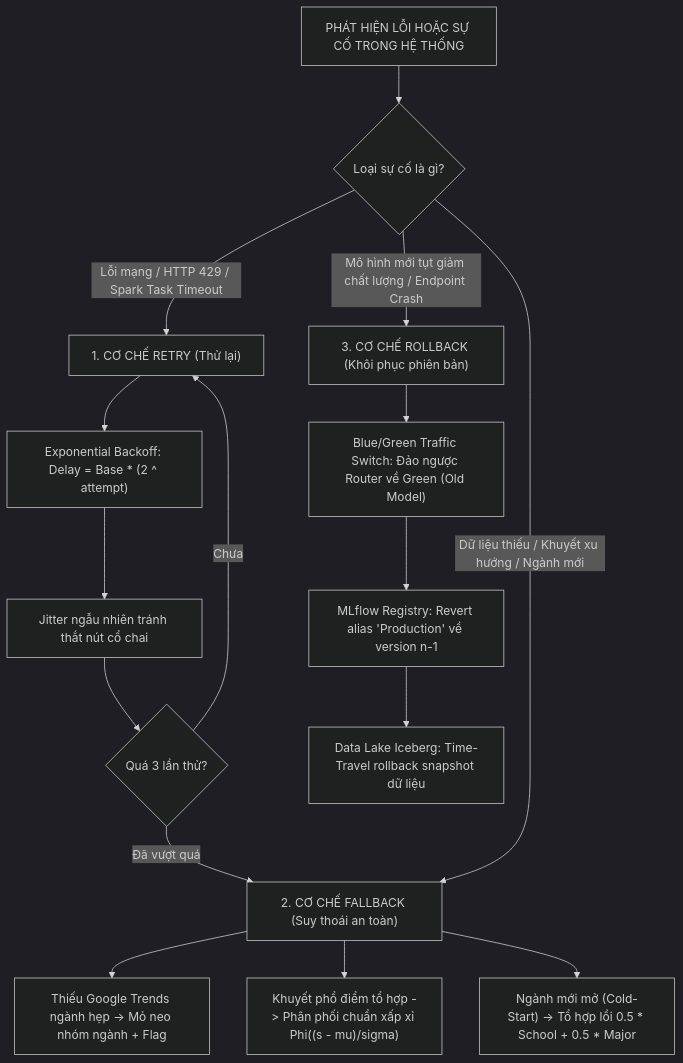
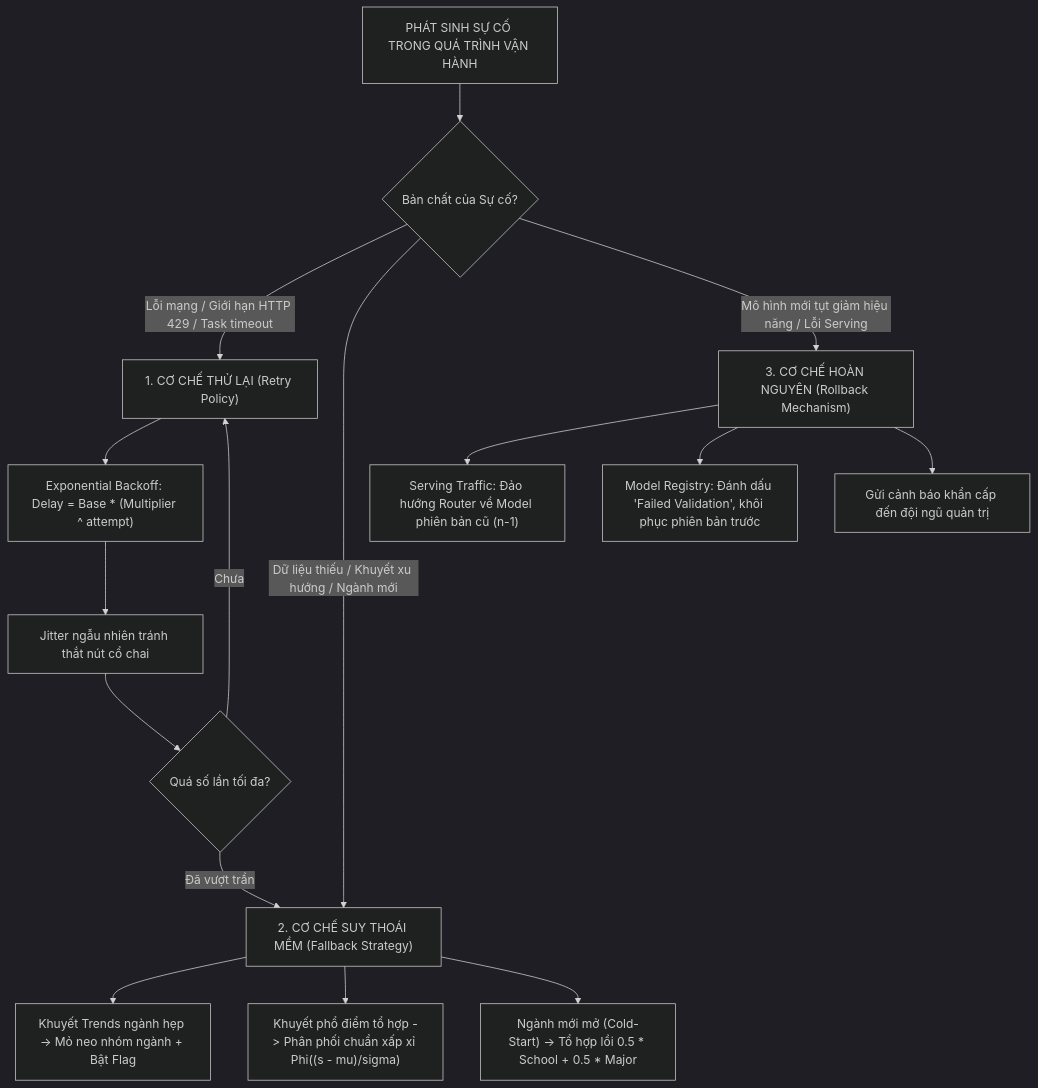
The fifth of 7 diagrams in docs/big-data-processing-implement-plan.md (MinhQuan805/IS405.R11-Big-Data), drawn with Mermaid (dark theme) before and after one commit. The commit also changed other lines of this file, not shown here.

````diff
--- a/docs/big-data-processing-implement-plan.md
+++ b/docs/big-data-processing-implement-plan.md
@@ -479,23 +487,23 @@
 ```mermaid
 flowchart TD
-    ERR["PHÁT HIỆN LỖI HOẶC SỰ CỐ TRONG HỆ THỐNG"]
+    FAIL["PHÁT SINH SỰ CỐ TRONG QUÁ TRÌNH VẬN HÀNH"]
     
-    ERR --> T1{"Loại sự cố là gì?"}
+    FAIL --> COND{"Bản chất của Sự cố?"}
     
-    T1 -- "Lỗi mạng / HTTP 429 / Spark Task Timeout" --> R_MECH["1. CƠ CHẾ RETRY (Thử lại)"]
-    R_MECH --> R1["Exponential Backoff: Delay = Base * (2 ^ attempt)"]
+    COND -- "Lỗi mạng / Giới hạn HTTP 429 / Task timeout" --> R_MECH["1. CƠ CHẾ THỬ LẠI (Retry Policy)"]
+    R_MECH --> R1["Exponential Backoff: Delay = Base * (Multiplier ^ attempt)"]
     R1 --> R2["Jitter ngẫu nhiên tránh thắt nút cổ chai"]
-    R2 --> R3{"Quá 3 lần thử?"}
+    R2 --> R3{"Quá số lần tối đa?"}
     R3 -- "Chưa" --> R_MECH
-    R3 -- "Đã vượt quá" --> F_MECH
+    R3 -- "Đã vượt trần" --> F_MECH
     
-    T1 -- "Dữ liệu thiếu / Khuyết xu hướng / Ngành mới" --> F_MECH["2. CƠ CHẾ FALLBACK (Suy thoái an toàn)"]
-    F_MECH --> F1["Thiếu Google Trends ngành hẹp -> Mỏ neo nhóm ngành + Flag"]
+    COND -- "Dữ liệu thiếu / Khuyết xu hướng / Ngành mới" --> F_MECH["2. CƠ CHẾ SUY THOÁI MỀM (Fallback Strategy)"]
+    F_MECH --> F1["Khuyết Trends ngành hẹp -> Mỏ neo nhóm ngành + Bật Flag"]
     F_MECH --> F2["Khuyết phổ điểm tổ hợp -> Phân phối chuẩn xấp xỉ Phi((s - mu)/sigma)"]
     F_MECH --> F3["Ngành mới mở (Cold-Start) -> Tổ hợp lồi 0.5 * School + 0.5 * Major"]
     
-    T1 -- "Mô hình mới tụt giảm chất lượng / Endpoint Crash" --> RB_MECH["3. CƠ CHẾ ROLLBACK (Khôi phục phiên bản)"]
-    RB_MECH --> RB1["Blue/Green Traffic Switch: Đảo ngược Router về Green (Old Model)"]
-    RB1 --> RB2["MLflow Registry: Revert alias 'Production' về version n-1"]
-    RB2 --> RB3["Data Lake Iceberg: Time-Travel rollback snapshot dữ liệu"]
+    COND -- "Mô hình mới tụt giảm hiệu năng / Lỗi Serving" --> RB_MECH["3. CƠ CHẾ HOÀN NGUYÊN (Rollback Mechanism)"]
+    RB_MECH --> RB1["Serving Traffic: Đảo hướng Router về Model phiên bản cũ (n-1)"]
+    RB_MECH --> RB2["Model Registry: Đánh dấu 'Failed Validation', khôi phục phiên bản trước"]
+    RB_MECH --> RB3["Gửi cảnh báo khẩn cấp đến đội ngũ quản trị"]
 ```
````
